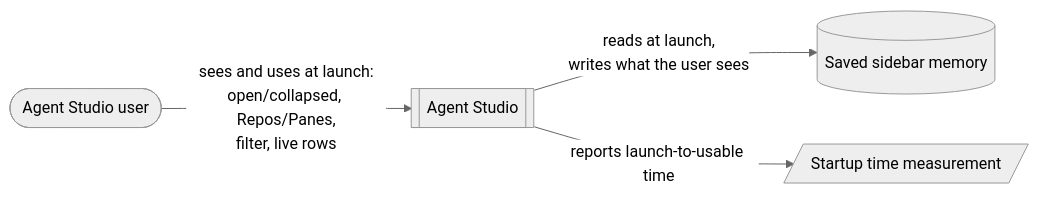
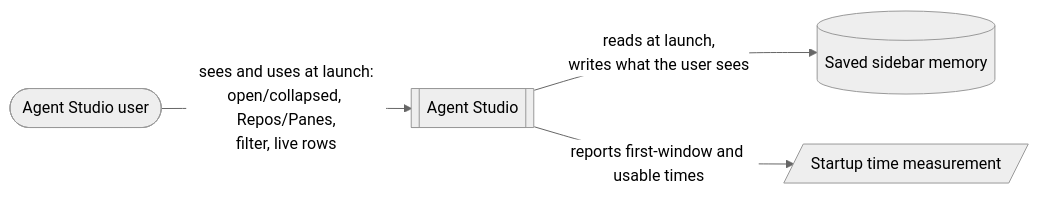
The first of 2 diagrams in docs/specs/2026-10-12-sidebar-memory-before-presentation/2026-10-12-sidebar-memory-before-presentation.md (getagentstudio/agentstudio), drawn with Mermaid (neutral theme) before and after one commit. The commit also changed other lines of this file and 1 other file, not shown here.

````diff
--- a/docs/specs/2026-10-12-sidebar-memory-before-presentation/2026-10-12-sidebar-memory-before-presentation.md
+++ b/docs/specs/2026-10-12-sidebar-memory-before-presentation/2026-10-12-sidebar-memory-before-presentation.md
@@ -7,10 +7,10 @@
 ```mermaid
 flowchart LR
   user([Agent Studio user])
   app[[Agent Studio]]
   saved[(Saved sidebar memory)]
   telemetry[/Startup time measurement/]
   user -- "sees and uses at launch:<br/>open/collapsed, Repos/Panes,<br/>filter, live rows" --> app
   app -- "reads at launch,<br/>writes what the user sees" --> saved
-  app -- "reports launch-to-usable time" --> telemetry
+  app -- "reports first-window and usable times" --> telemetry
 ```
````
